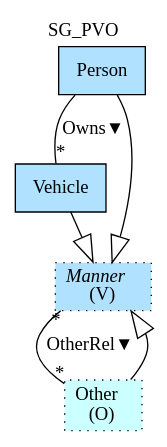
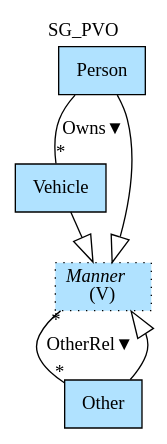
The diagram in Haskell/FragmentaTests/SGTests/img/SG_PVO.gv (namalio/Fragmenta), drawn with Graphviz before and after one commit. The commit also changed 106 other files, not shown here.

```diff
--- a/Haskell/FragmentaTests/SGTests/img/SG_PVO.gv
+++ b/Haskell/FragmentaTests/SGTests/img/SG_PVO.gv
@@ -1,12 +1,12 @@
 digraph {graph[label=SG_PVO,labelloc=tl,labelfontsize=12];
 "Person"[shape=record,fillcolor=lightskyblue1,style = filled,label="Person"];
 "Vehicle"[shape=record,fillcolor=lightskyblue1,style = filled,label="Vehicle"];
 "Manner"[shape=record,fillcolor=lightskyblue1,style ="filled,dotted",label=<{<I>Manner</I><br/>(V)}>];
-"Other"[shape=record,fillcolor="#CCFFFF",style ="filled,dotted",label=<Other<br/>(O)>];
+"Other"[shape=record,fillcolor=lightskyblue1,style = filled,label="Other"];
 
 "Person"->"Vehicle"[label="Owns▼",dir=none,taillabel="",headlabel="*"];
 "Person"->"Manner"[arrowhead=onormal,arrowsize=2.0];
 "Vehicle"->"Manner"[arrowhead=onormal,arrowsize=2.0];
 "Other"->"Manner"[arrowhead=onormal,arrowsize=2.0];
 "Manner"->"Other"[label="OtherRel▼",dir=none,taillabel="*",headlabel="*"];
 }
```
